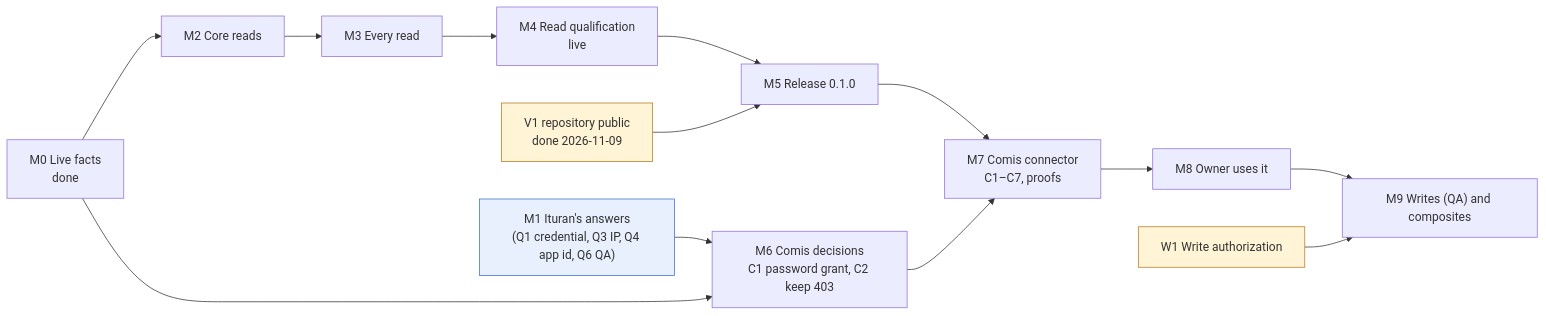
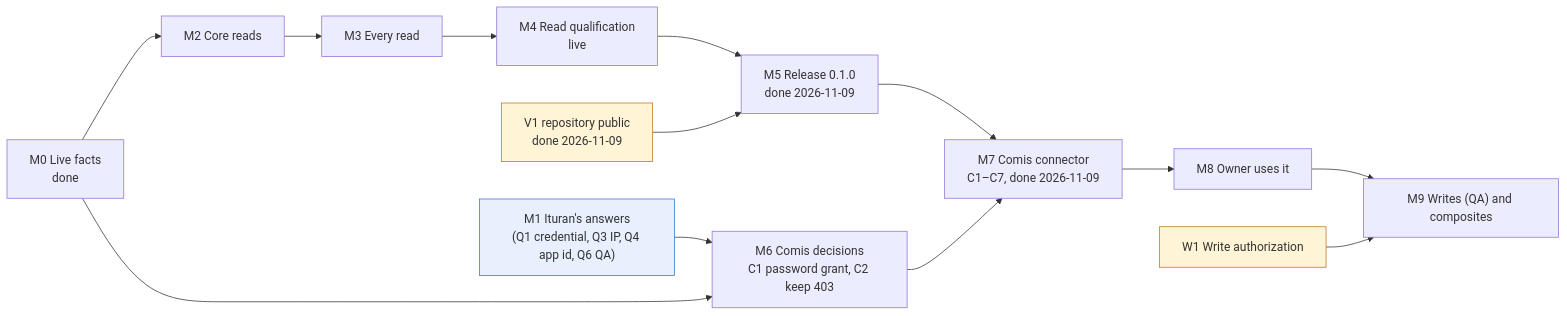
The first of 2 diagrams in docs/ituran-axi-master-plan.md (comisai/ituran-axi), drawn with Mermaid before and after one commit. The commit also changed other lines of this file and 13 other files, not shown here.

````diff
--- a/docs/ituran-axi-master-plan.md
+++ b/docs/ituran-axi-master-plan.md
@@ -75,17 +76,17 @@
 ```mermaid
 flowchart LR
   M0["M0 Live facts<br/>done"] --> M2["M2 Core reads"]
   M2 --> M3["M3 Every read"]
   M3 --> M4["M4 Read qualification<br/>live"]
-  M4 --> M5["M5 Release 0.1.0"]
+  M4 --> M5["M5 Release 0.1.0<br/>done 2026-11-09"]
   V1["V1 repository public<br/>done 2026-11-09"]:::decision --> M5
   M1["M1 Ituran's answers<br/>(Q1 credential, Q3 IP, Q4 app id, Q6 QA)"]:::ext --> M6
   M0 --> M6["M6 Comis decisions<br/>C1 password grant, C2 keep 403"]
-  M5 --> M7["M7 Comis connector<br/>C1–C7, proofs"]
+  M5 --> M7["M7 Comis connector<br/>C1–C7, done 2026-11-09"]
   M6 --> M7
   M7 --> M8["M8 Owner uses it"]
   M8 --> M9["M9 Writes (QA) and composites"]
   W1["W1 Write authorization"]:::decision --> M9
   classDef decision fill:#fff4d6,stroke:#b7791f;
   classDef ext fill:#e8f0fe,stroke:#3b6fd6;
 ```
````
